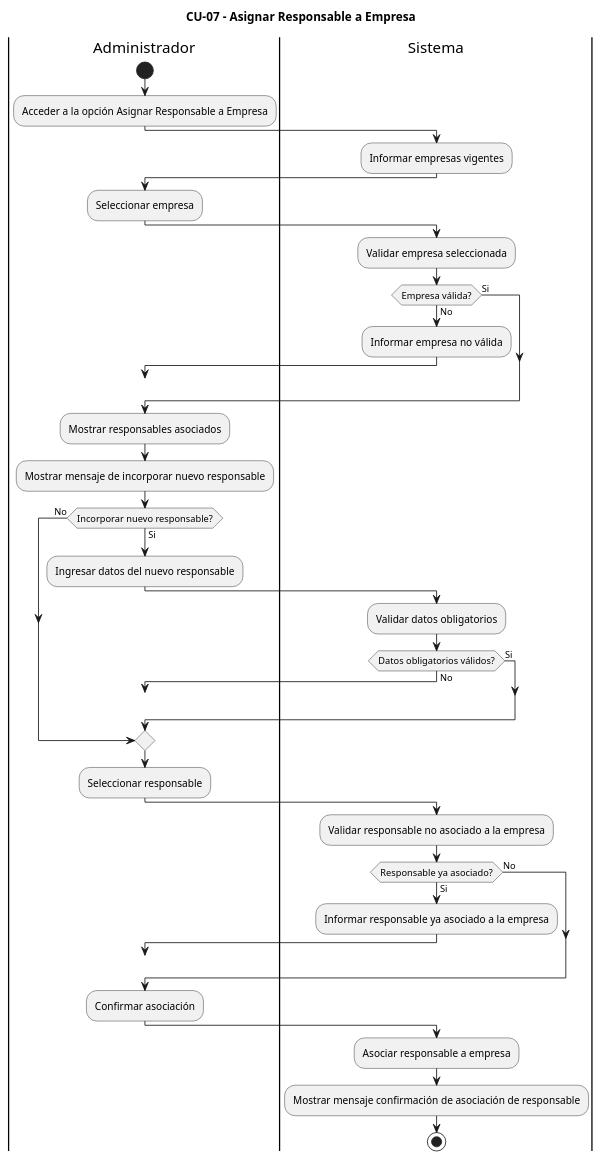
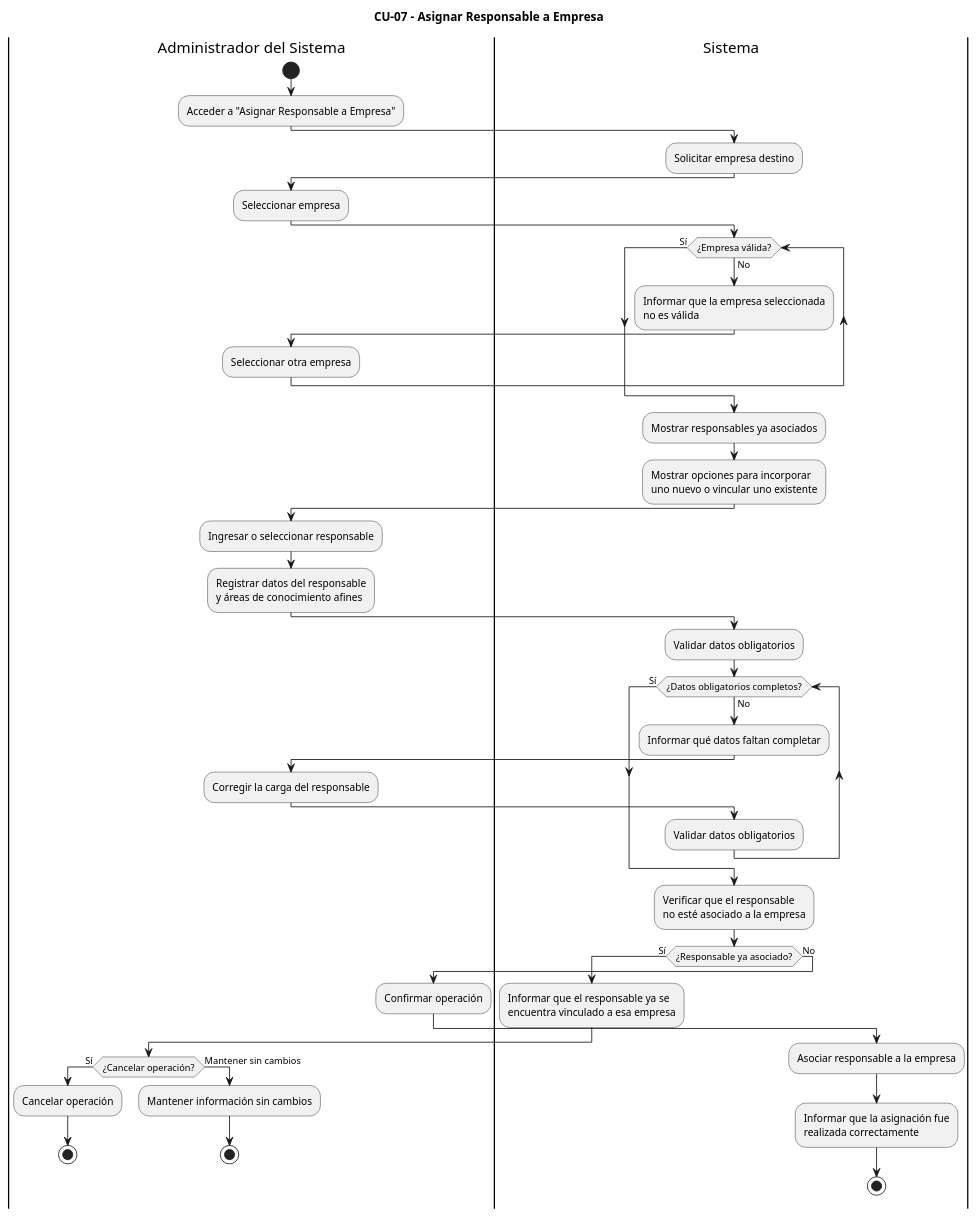
Before and after one commit to h3l333/proyecto-uppa: the diagram in diagramas-de-actividad-puml/diagrama-actividad-cu07.puml, drawn with PlantUML. The commit also changed 15 other files, not shown here.

Commit message:
Enmienda diagramas de actividad

```diff
--- a/diagramas-de-actividad-puml/diagrama-actividad-cu07.puml
+++ b/diagramas-de-actividad-puml/diagrama-actividad-cu07.puml
@@ -1,62 +1,73 @@
-@startuml Diagrama_Actividad_CU07
+@startuml
 title CU-07 - Asignar Responsable a Empresa
 
-|Administrador|
+|Administrador del Sistema|
 start
-:Acceder a la opción Asignar Responsable a Empresa;
+:Acceder a "Asignar Responsable a Empresa";
 
 |Sistema|
-:Informar empresas vigentes;
+:Solicitar empresa destino;
 
-|Administrador|
-label seleccionar_empresa
+|Administrador del Sistema|
 :Seleccionar empresa;
 
 |Sistema|
-:Validar empresa seleccionada;
-if (Empresa válida?) then (No)
-  :Informar empresa no válida;
-  |Administrador|
-  goto seleccionar_empresa
-else (Si)
-endif
+while (¿Empresa válida?) is (No)
+  :Informar que la empresa seleccionada
+  no es válida;
 
-:Mostrar responsables asociados;
-:Mostrar mensaje de incorporar nuevo responsable;
-if (Incorporar nuevo responsable?) then (Si)
-  |Administrador|
-  label ingresar_datos_responsable
-  :Ingresar datos del nuevo responsable;
+  |Administrador del Sistema|
+  :Seleccionar otra empresa;
+
+  |Sistema|
+endwhile (Sí)
+
+:Mostrar responsables ya asociados;
+:Mostrar opciones para incorporar
+uno nuevo o vincular uno existente;
+
+|Administrador del Sistema|
+:Ingresar o seleccionar responsable;
+:Registrar datos del responsable
+y áreas de conocimiento afines;
+
+|Sistema|
+:Validar datos obligatorios;
+
+while (¿Datos obligatorios completos?) is (No)
+  :Informar qué datos faltan completar;
+
+  |Administrador del Sistema|
+  :Corregir la carga del responsable;
 
   |Sistema|
   :Validar datos obligatorios;
-  if (Datos obligatorios válidos?) then (No)
-    |Administrador|
-    goto ingresar_datos_responsable
-  else (Si)
+endwhile (Sí)
+
+:Verificar que el responsable
+no esté asociado a la empresa;
+
+if (¿Responsable ya asociado?) then (Sí)
+  :Informar que el responsable ya se
+  encuentra vinculado a esa empresa;
+
+  |Administrador del Sistema|
+  if (¿Cancelar operación?) then (Sí)
+    :Cancelar operación;
+    stop
+  else (Mantener sin cambios)
+    :Mantener información sin cambios;
+    stop
   endif
+
 else (No)
+  |Administrador del Sistema|
+  :Confirmar operación;
+
+  |Sistema|
+  :Asociar responsable a la empresa;
+  :Informar que la asignación fue
+  realizada correctamente;
+  stop
 endif
-
-|Administrador|
-label seleccionar_responsable
-:Seleccionar responsable;
-
-|Sistema|
-:Validar responsable no asociado a la empresa;
-if (Responsable ya asociado?) then (Si)
-  :Informar responsable ya asociado a la empresa;
-  |Administrador|
-  goto seleccionar_responsable
-else (No)
-endif
-
-|Administrador|
-:Confirmar asociación;
-
-|Sistema|
-:Asociar responsable a empresa;
-:Mostrar mensaje confirmación de asociación de responsable;
-stop
-
 @enduml
```
